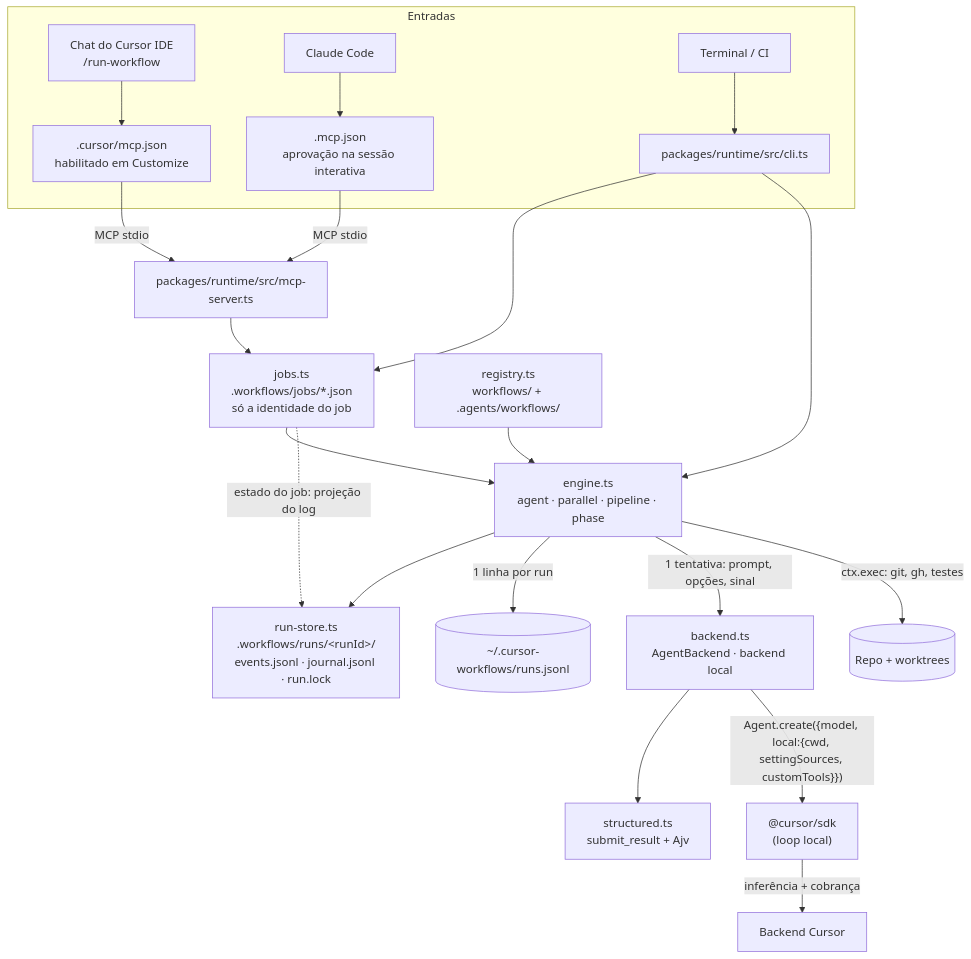
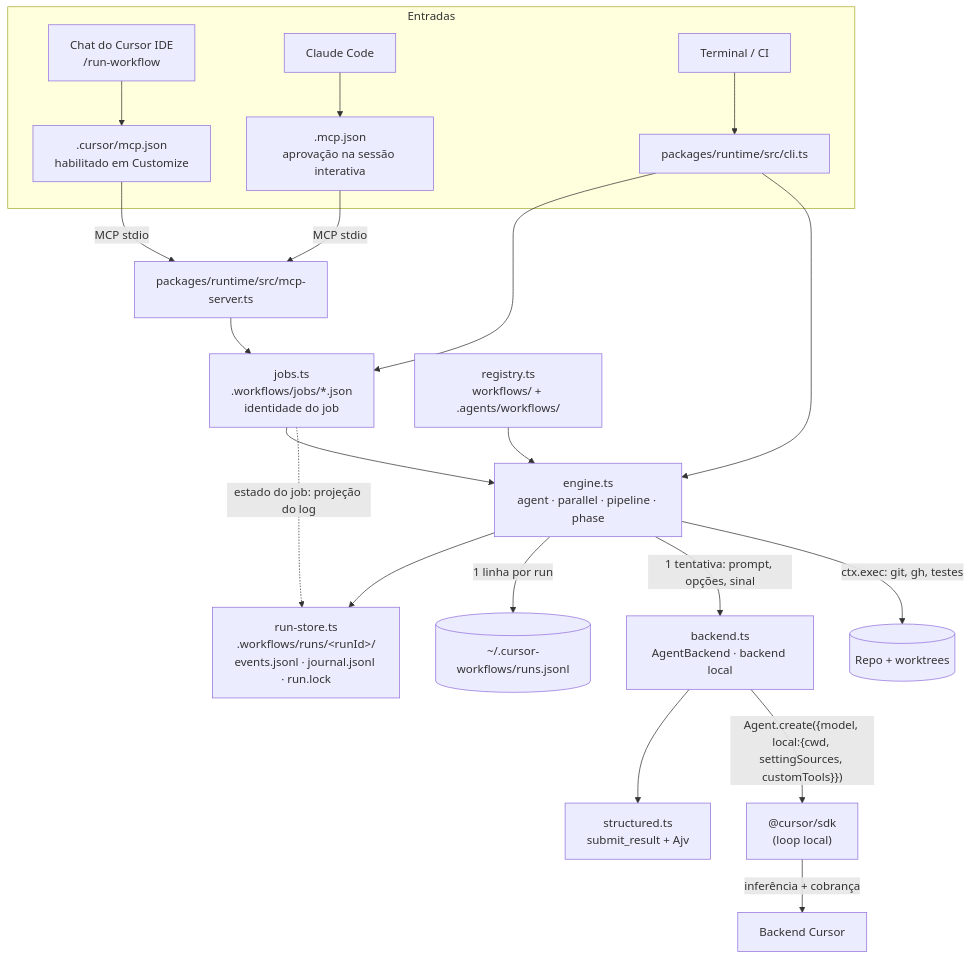
One commit to rodrigorjsf/cursor-workflows-starter changed the first of 2 diagrams in docs/internals/01-arquitetura.md. Above: the diagram before and after it, drawn with Mermaid. The commit also changed other lines of this file and 4 other files, not shown here.

````diff
--- a/docs/internals/01-arquitetura.md
+++ b/docs/internals/01-arquitetura.md
@@ -5,23 +5,23 @@
 ```mermaid
 flowchart TB
   subgraph Entradas
     CHAT["Chat do Cursor IDE<br/>/run-workflow"] --> CREG[".cursor/mcp.json<br/>habilitado em Customize"]
     CCODE["Claude Code"] --> CCREG[".mcp.json<br/>aprovação na sessão interativa"]
     TERM["Terminal / CI"] --> CLI[packages/runtime/src/cli.ts]
   end
   CREG -->|MCP stdio| MCP[packages/runtime/src/mcp-server.ts]
   CCREG -->|MCP stdio| MCP
-  MCP --> JOBS[jobs.ts<br/>.workflows/jobs/*.json<br/>só a identidade do job]
+  MCP --> JOBS[jobs.ts<br/>.workflows/jobs/*.json<br/>identidade do job]
   CLI --> JOBS
   CLI --> ENG
   JOBS --> ENG[engine.ts<br/>agent · parallel · pipeline · phase]
   REG[registry.ts<br/>workflows/ + .agents/workflows/] --> ENG
   ENG --> JR[run-store.ts<br/>.workflows/runs/&lt;runId&gt;/<br/>events.jsonl · journal.jsonl · run.lock]
   JOBS -.->|"estado do job: projeção do log"| JR
   ENG -->|1 linha por run| IDX[("~/.cursor-workflows/runs.jsonl")]
   ENG -->|"1 tentativa: prompt, opções, sinal"| BE[backend.ts<br/>AgentBackend · backend local]
   BE --> ST[structured.ts<br/>submit_result + Ajv]
   BE -->|"Agent.create({model, local:{cwd, settingSources, customTools}})"| SDK["@cursor/sdk<br/>(loop local)"]
   SDK -->|inferência + cobrança| CUR[Backend Cursor]
   ENG -->|"ctx.exec: git, gh, testes"| REPO[(Repo + worktrees)]
 ```
````
